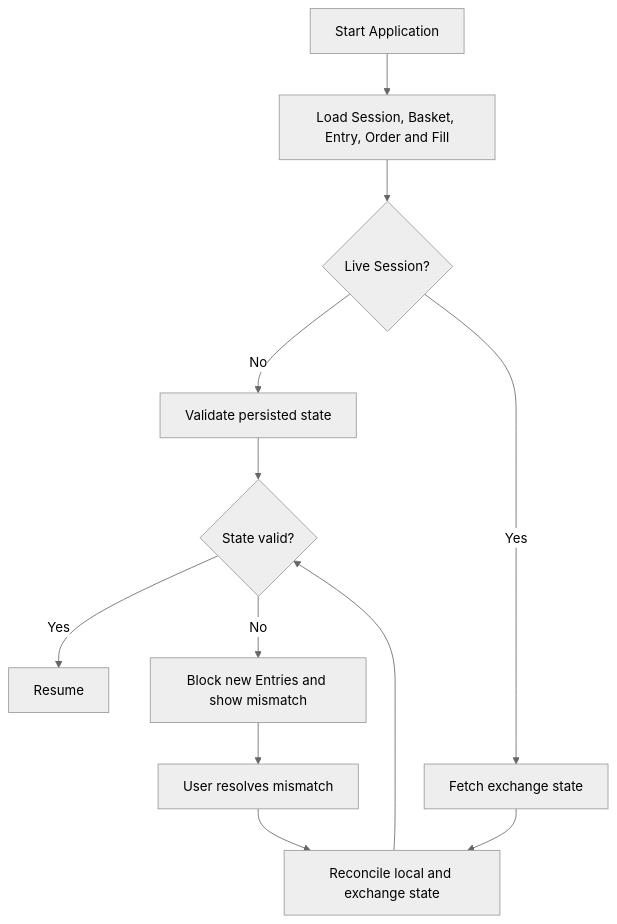
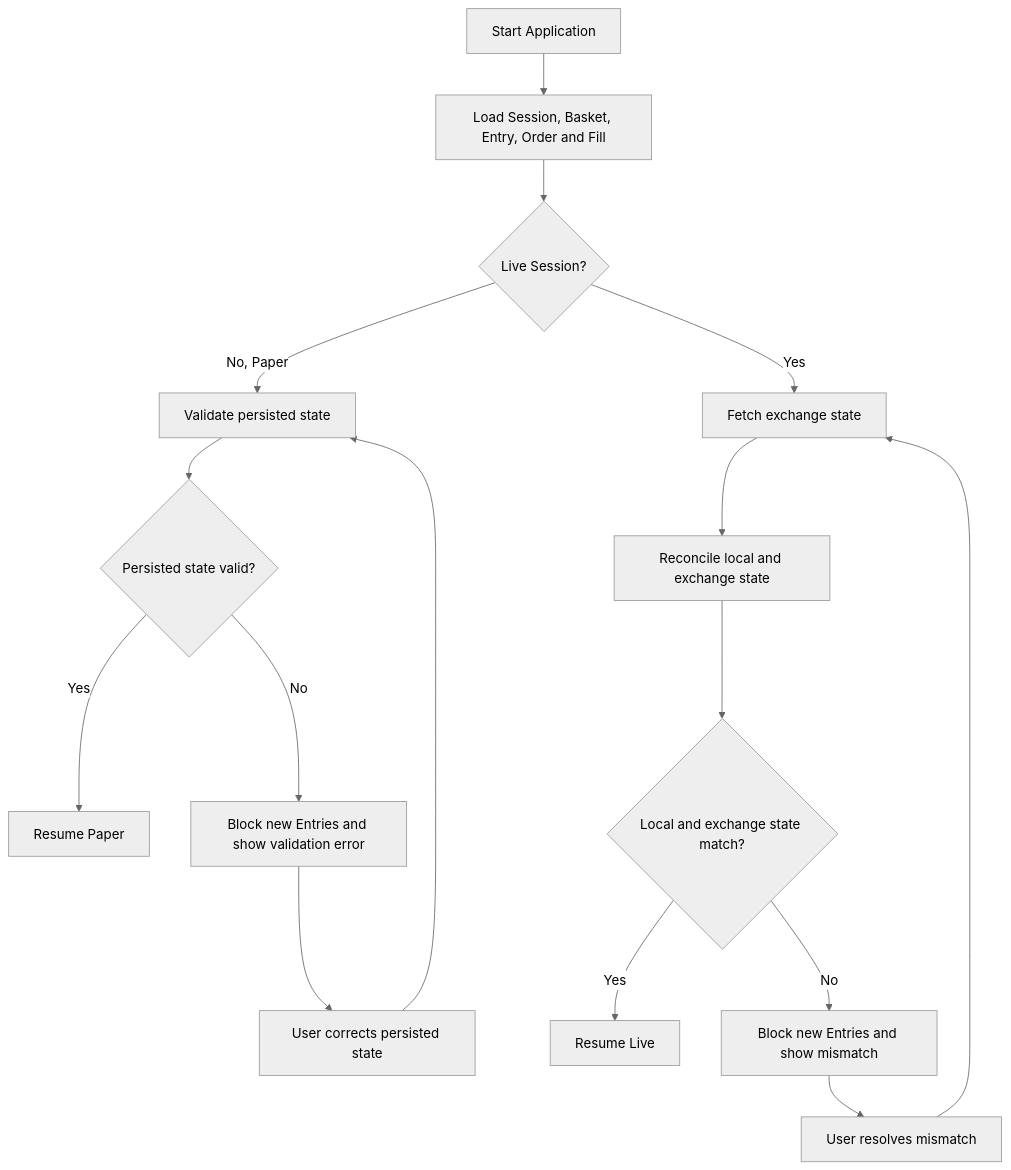
The second of 2 diagrams in docs-site/content/recovery.mdx (yukasung/tiewtrade), drawn with Mermaid (neutral theme) before and after one commit. The commit also changed other lines of this file and 7 other files, not shown here.

````diff
--- a/docs-site/content/recovery.mdx
+++ b/docs-site/content/recovery.mdx
@@ -32,14 +32,18 @@
 ```mermaid
 flowchart TD
     A[Start Application] --> B[Load Session, Basket, Entry, Order and Fill]
     B --> C{Live Session?}
-    C -->|No| D[Validate persisted state]
+    C -->|No, Paper| D[Validate persisted state]
     C -->|Yes| E[Fetch exchange state]
     E --> F[Reconcile local and exchange state]
-    D --> G{State valid?}
-    F --> G
-    G -->|Yes| H[Resume]
-    G -->|No| I[Block new Entries and show mismatch]
-    I --> J[User resolves mismatch]
-    J --> F
+    D --> G{Persisted state valid?}
+    G -->|Yes| H[Resume Paper]
+    G -->|No| I[Block new Entries and show validation error]
+    I --> J[User corrects persisted state]
+    J --> D
+    F --> K{Local and exchange state match?}
+    K -->|Yes| L[Resume Live]
+    K -->|No| M[Block new Entries and show mismatch]
+    M --> N[User resolves mismatch]
+    N --> E
 ```
````
